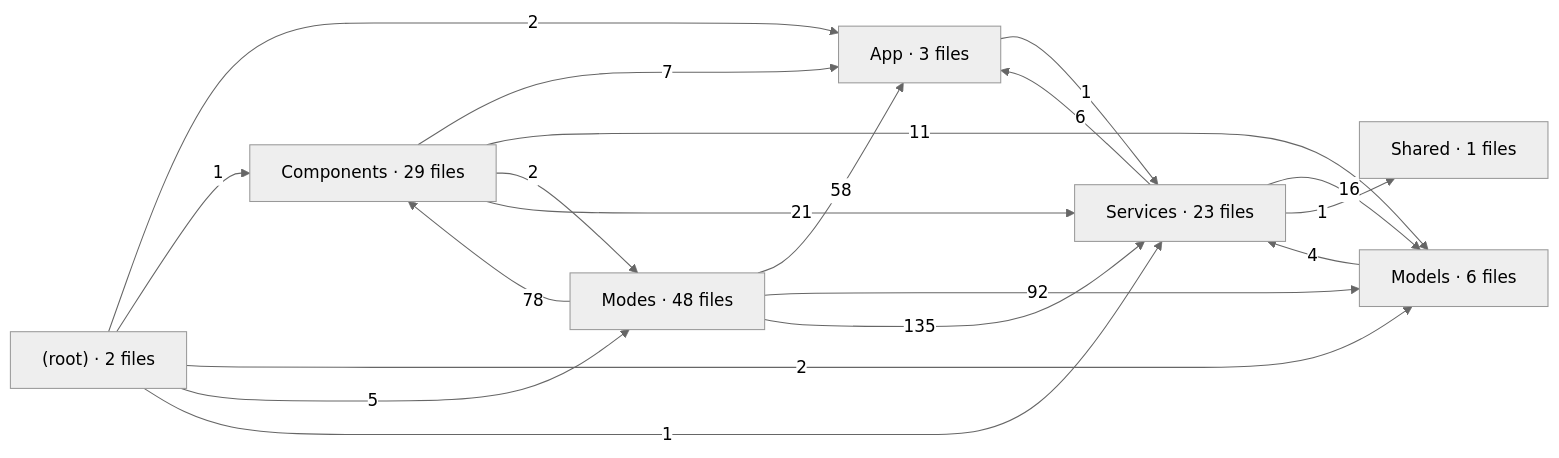
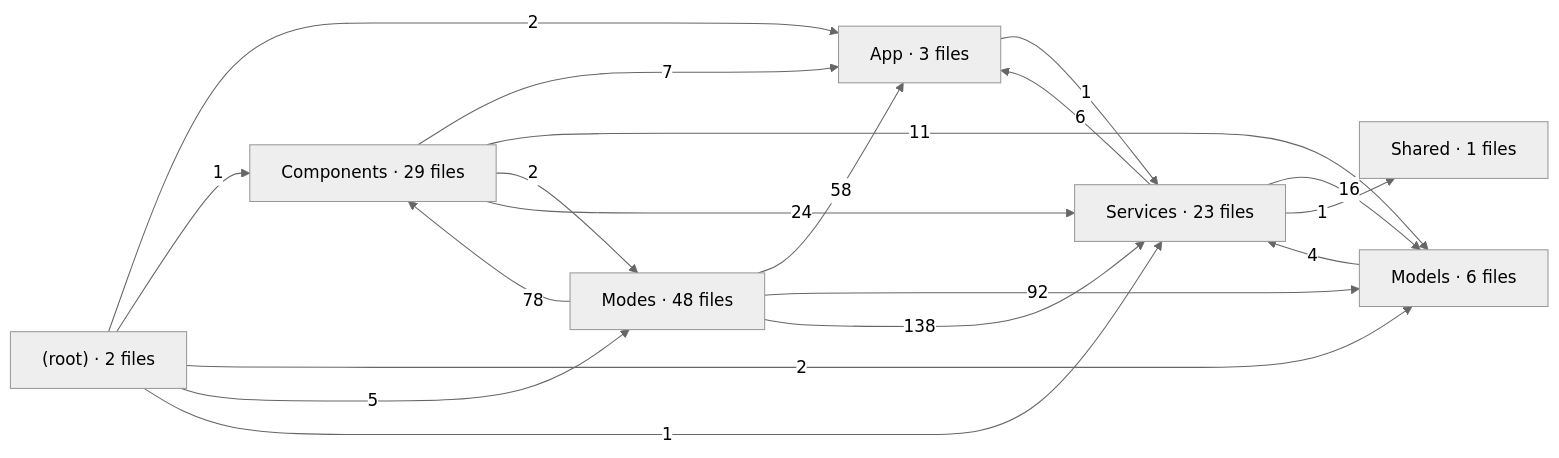
The diagram in docs/architecture/deps-app.mmd (krocx/spatial-tapgging-app), drawn with Mermaid (neutral theme) before and after one commit. The commit also changed 6 other files, not shown here.

```diff
--- a/docs/architecture/deps-app.mmd
+++ b/docs/architecture/deps-app.mmd
@@ -1,28 +1,28 @@
 %% generated by scripts/arch-graph.mjs - do not edit
 flowchart LR
   %% ios-app - type references between folders (edge label = number of references)
   F__["(root) · 2 files"]
   F_App["App · 3 files"]
   F_Components["Components · 29 files"]
   F_Models["Models · 6 files"]
   F_Modes["Modes · 48 files"]
   F_Services["Services · 23 files"]
   F_Shared["Shared · 1 files"]
   F__ -->|2| F_App
   F__ -->|1| F_Components
   F__ -->|2| F_Models
   F__ -->|5| F_Modes
   F__ -->|1| F_Services
   F_App -->|1| F_Services
   F_Components -->|7| F_App
   F_Components -->|11| F_Models
   F_Components -->|2| F_Modes
-  F_Components -->|21| F_Services
+  F_Components -->|24| F_Services
   F_Models -->|4| F_Services
   F_Modes -->|58| F_App
   F_Modes -->|78| F_Components
   F_Modes -->|92| F_Models
-  F_Modes -->|135| F_Services
+  F_Modes -->|138| F_Services
   F_Services -->|6| F_App
   F_Services -->|16| F_Models
   F_Services -->|1| F_Shared
```
